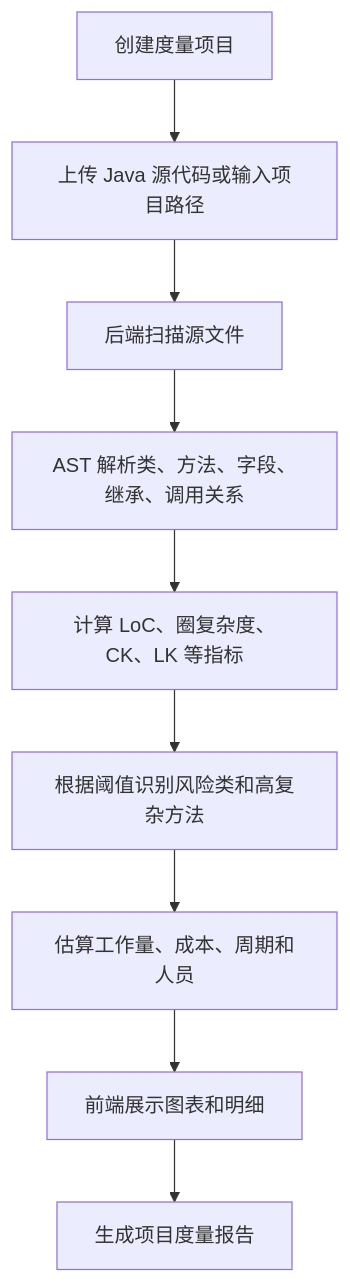
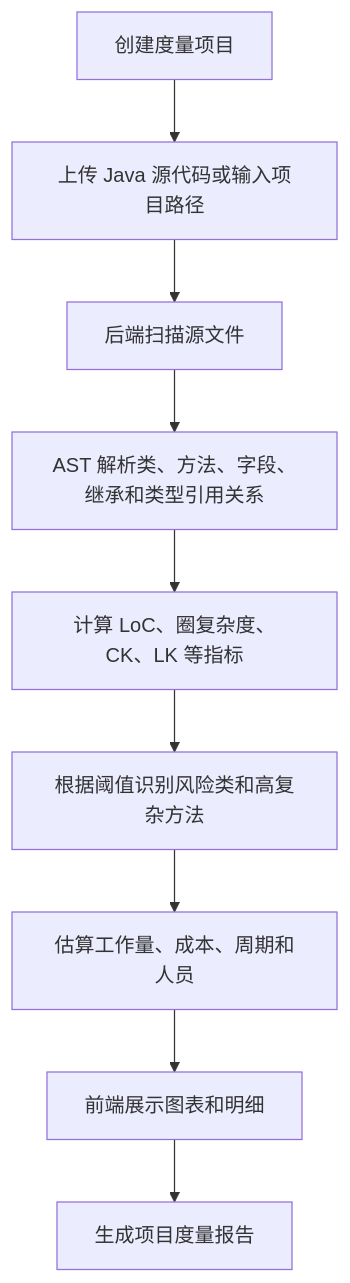
Before and after one commit to QINGkaka/SMAP: the second of 7 diagrams in 软件度量自动化工具实验指导方案.md, drawn with Mermaid. The commit also changed other lines of this file and 64 other files, not shown here.

````diff
--- a/软件度量自动化工具实验指导方案.md
+++ b/软件度量自动化工具实验指导方案.md
@@ -87,11 +112,11 @@
 ```mermaid
 flowchart TD
     A["创建度量项目"] --> B["上传 Java 源代码或输入项目路径"]
     B --> C["后端扫描源文件"]
-    C --> D["AST 解析类、方法、字段、继承、调用关系"]
+    C --> D["AST 解析类、方法、字段、继承和类型引用关系"]
     D --> E["计算 LoC、圈复杂度、CK、LK 等指标"]
     E --> F["根据阈值识别风险类和高复杂方法"]
     F --> G["估算工作量、成本、周期和人员"]
     G --> H["前端展示图表和明细"]
     H --> I["生成项目度量报告"]
 ```
````
